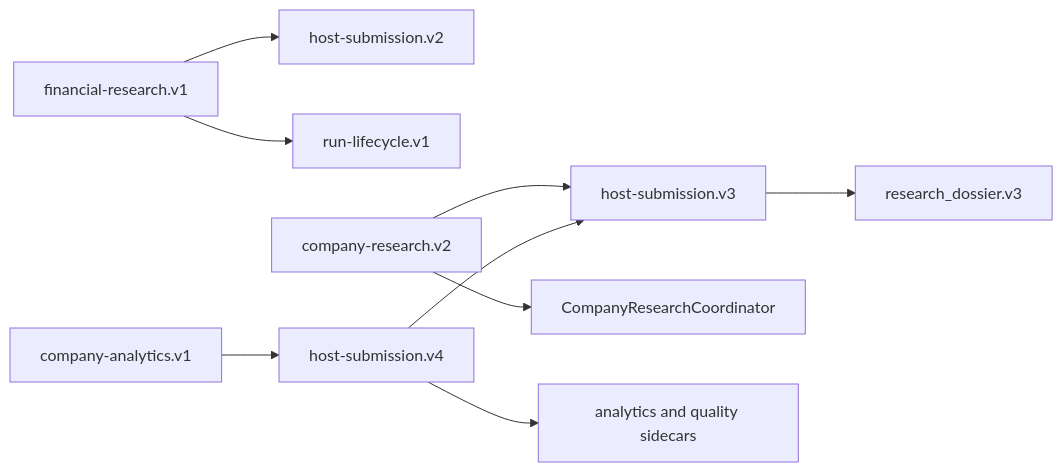
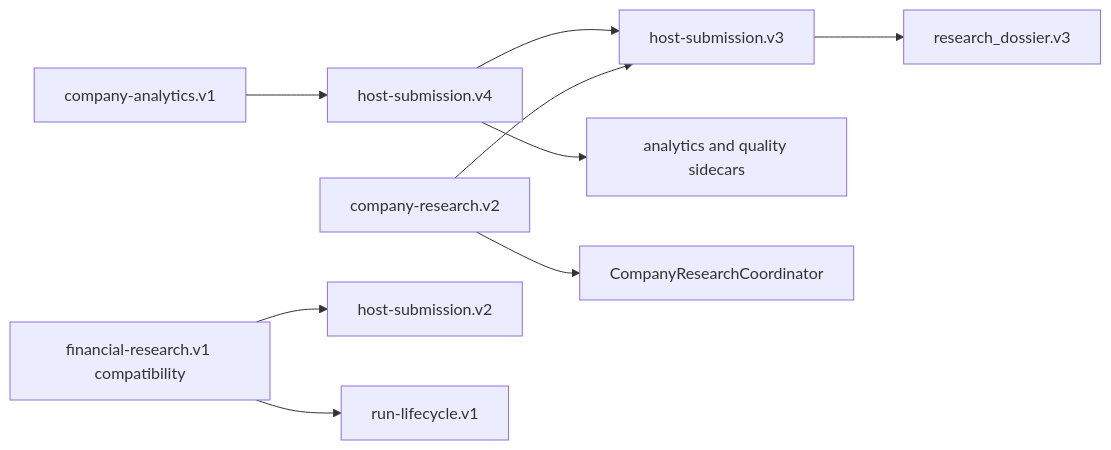
One commit to harshitagarwal2/StockResearchAgents changed the diagram in docs/COMPATIBILITY.md. Above: the diagram before and after it, drawn with Mermaid. The commit also changed other lines of this file and 67 other files, not shown here.

````diff
--- a/docs/COMPATIBILITY.md
+++ b/docs/COMPATIBILITY.md
@@ -10,11 +10,11 @@
 ```mermaid
 flowchart LR
-  F[financial-research.v1] --> H2[host-submission.v2]
-  F --> L[run-lifecycle.v1]
+  A1[company-analytics.v1] --> H4[host-submission.v4]
+  H4 --> H3
+  H4 --> S[analytics and quality sidecars]
   C2[company-research.v2] --> H3[host-submission.v3]
   H3 --> D3[research_dossier.v3]
   C2 --> CC[CompanyResearchCoordinator]
-  A1[company-analytics.v1] --> H4[host-submission.v4]
-  H4 --> H3
-  H4 --> S[analytics and quality sidecars]
+  F[financial-research.v1 compatibility] --> H2[host-submission.v2]
+  F --> L[run-lifecycle.v1]
 ```
````
